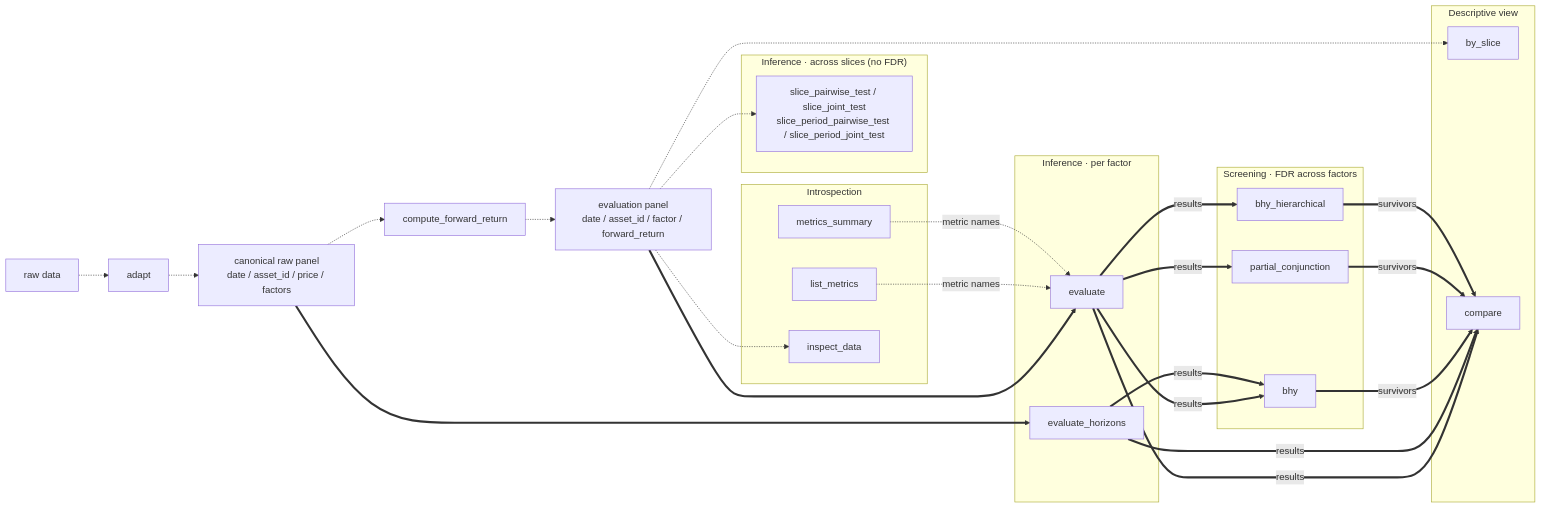
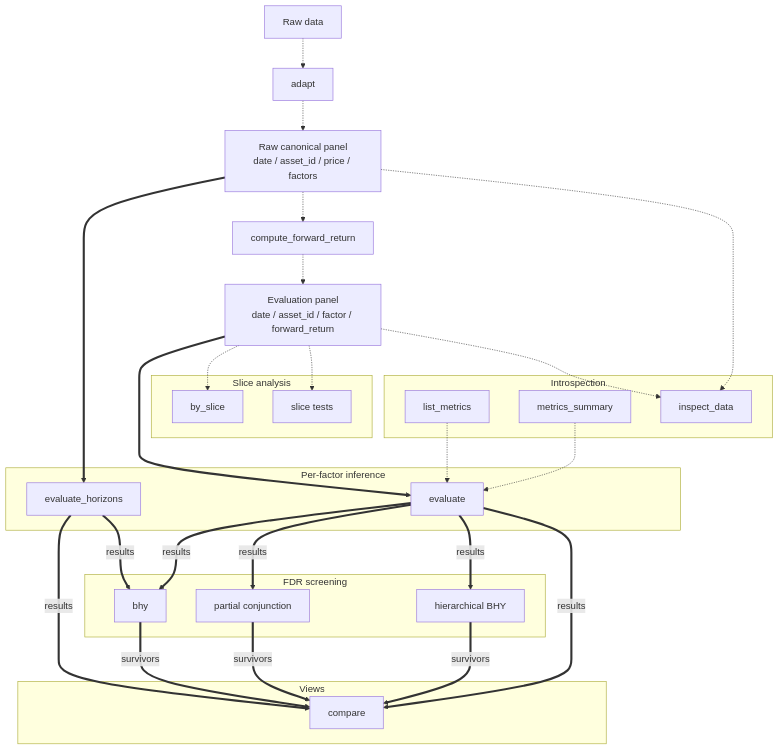
One commit to awwesomeman/factrix changed the diagram in docs/api/index.md. Above: the diagram before and after it, drawn with Mermaid. The commit also changed other lines of this file and 2 other files, not shown here.

Commit message:
docs(api): clarify panel flow

````diff
--- a/docs/api/index.md
+++ b/docs/api/index.md
@@ -9,69 +9,70 @@
 ```mermaid
-flowchart LR
-    R[raw data]
+flowchart TD
+    R[Raw data]
     AD[adapt]
-    C["canonical raw panel<br/>date / asset_id / price / factors"]
+    RAW["Raw canonical panel<br/>date / asset_id / price / factors"]
     FR[compute_forward_return]
-    P["evaluation panel<br/>date / asset_id / factor / forward_return"]
+    EVALP["Evaluation panel<br/>date / asset_id / factor / forward_return"]
 
-    subgraph PerFactor["Inference · per factor"]
+    subgraph Infer["Per-factor inference"]
         EV[evaluate]
         EVH[evaluate_horizons]
     end
 
-    subgraph Screening["Screening · FDR across factors"]
-        BHY[bhy]
-        PC[partial_conjunction]
-        BHYH[bhy_hierarchical]
+    subgraph Slice["Slice analysis"]
+        BS[by_slice]
+        ST[slice tests]
     end
 
-    subgraph Slices["Inference · across slices (no FDR)"]
-        ST["slice_pairwise_test / slice_joint_test<br/>slice_period_pairwise_test / slice_period_joint_test"]
+    subgraph Screen["FDR screening"]
+        BHY[bhy]
+        PC[partial conjunction]
+        BHYH[hierarchical BHY]
     end
 
-    subgraph View["Descriptive view"]
-        BS[by_slice]
+    subgraph View["Views"]
         CMP[compare]
     end
 
     subgraph Introspection
         LM[list_metrics]
         MS[metrics_summary]
         ID[inspect_data]
     end
 
     R -.-> AD
-    AD -.-> C
-    C -.-> FR
-    FR -.-> P
-    P ==> EV
-    C ==> EVH
-    P -.-> BS
-    P -.-> ST
-    P -.-> ID
+    AD -.-> RAW
+    RAW ==> EVH
+    RAW -.-> FR
+    RAW -.-> ID
+    FR -.-> EVALP
+    EVALP ==> EV
+    EVALP -.-> BS
+    EVALP -.-> ST
+    EVALP -.-> ID
     EV ==>|results| BHY
     EV ==>|results| PC
     EV ==>|results| BHYH
     EV ==>|results| CMP
+    EVH ==>|results| CMP
     EVH ==>|results| BHY
-    EVH ==>|results| CMP
     BHY ==>|survivors| CMP
     PC ==>|survivors| CMP
     BHYH ==>|survivors| CMP
-    LM -.->|metric names| EV
-    MS -.->|metric names| EV
+    LM -.-> EV
+    MS -.-> EV
 
     click AD "preprocess/#factrix.adapt.adapt" "adapt API"
     click FR "preprocess/#factrix.preprocess.compute_forward_return" "compute_forward_return API"
     click EV "evaluate/" "evaluate API"
     click EVH "multi-horizon/" "evaluate_horizons API"
     click BS "by-slice/" "by_slice API"
-    click ST "slice-test/" "slice tests — cross-sectional + period-disjoint API"
+    click ST "slice-test/" "slice tests API"
     click BHY "multi-factor/" "bhy API"
     click PC "partial-conjunction/" "partial_conjunction API"
     click BHYH "bhy-hierarchical/" "bhy_hierarchical API"
     click LM "metrics/#factrix.list_metrics" "list_metrics API"
     click MS "metrics/#factrix.metrics_summary" "metrics_summary API"
     click CMP "compare/" "compare API"
     click ID "inspect-data/" "inspect_data API"
 ```
````
